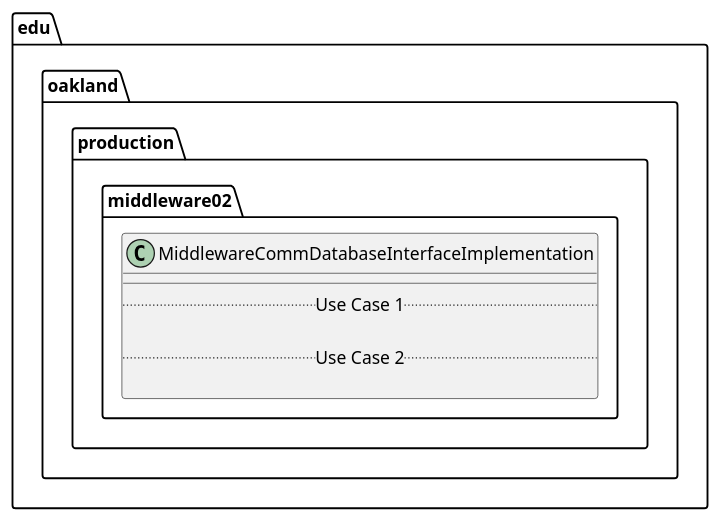
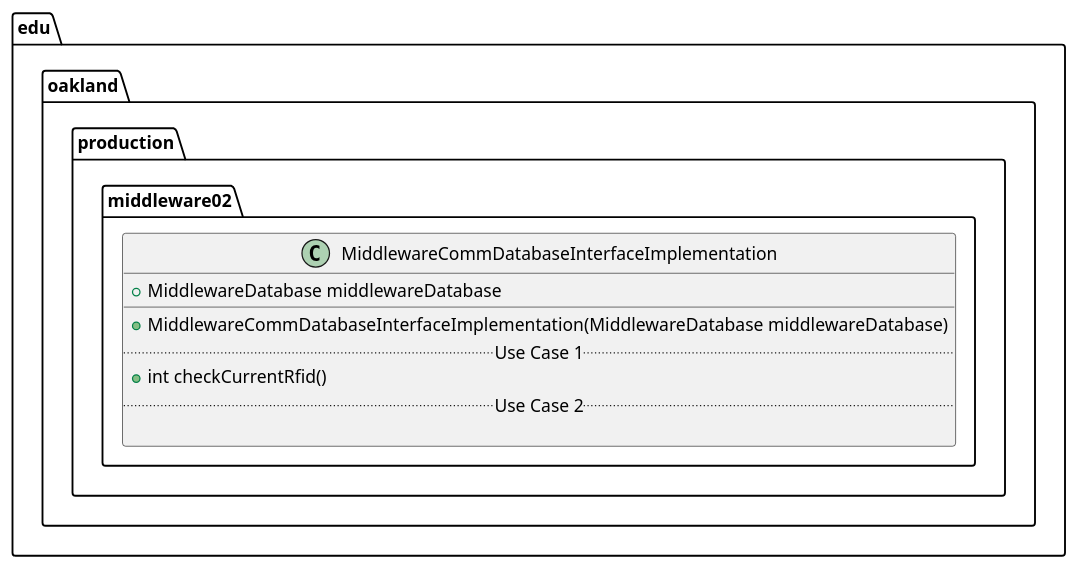
The diagram in docs/uml-class-diagrams/middleware02/production/MiddlewareCommDatabaseInterfaceImplementation/MiddlewareCommDatabaseInterfaceImplementation.puml (andrewdimmer/csi-3370-software-project), drawn with PlantUML before and after one commit. The commit also changed 2 other files, not shown here.

Commit message:
[Middleware_02] Document Internal class Implementation

```diff
--- a/docs/uml-class-diagrams/middleware02/production/MiddlewareCommDatabaseInterfaceImplementation/MiddlewareCommDatabaseInterfaceImplementation.puml
+++ b/docs/uml-class-diagrams/middleware02/production/MiddlewareCommDatabaseInterfaceImplementation/MiddlewareCommDatabaseInterfaceImplementation.puml
@@ -1,13 +1,15 @@
 @startuml MiddlewareCommDatabaseInterfaceImplementation
 
 package edu.oakland.production.middleware02 {
     class MiddlewareCommDatabaseInterfaceImplementation {
+        + MiddlewareDatabase middlewareDatabase
         __
+        + MiddlewareCommDatabaseInterfaceImplementation(MiddlewareDatabase middlewareDatabase)
         .. Use Case 1 ..
-
+        + int checkCurrentRfid()
         .. Use Case 2 ..
 
     }
 }
 
 @enduml
```
